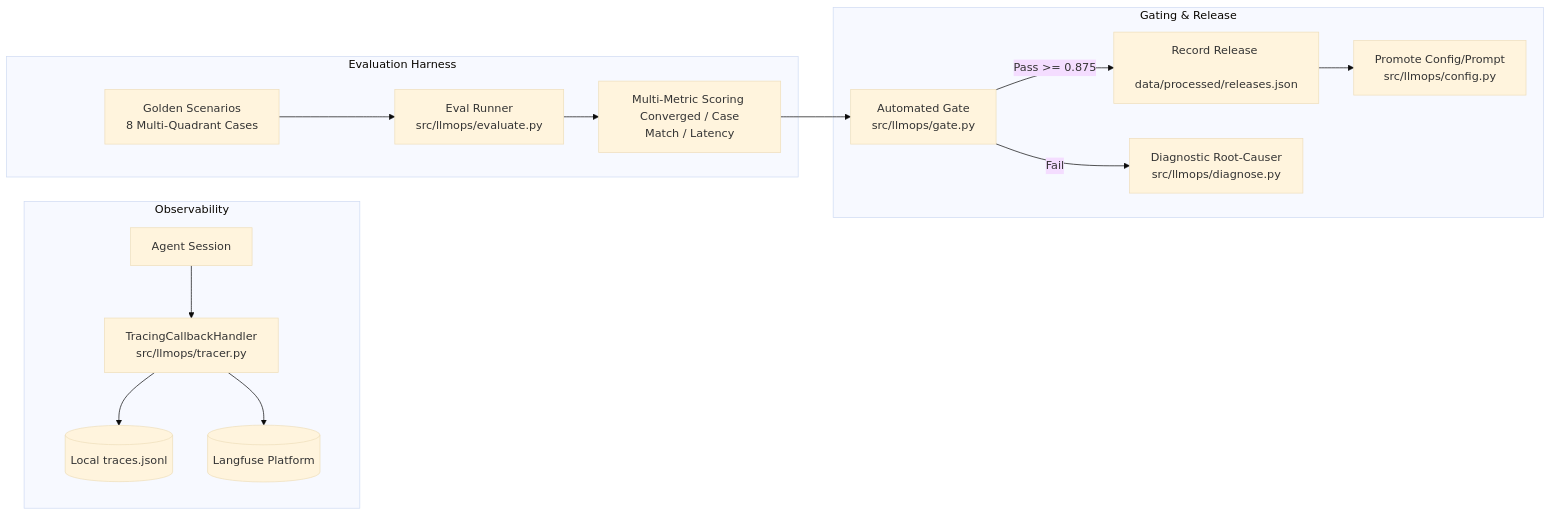
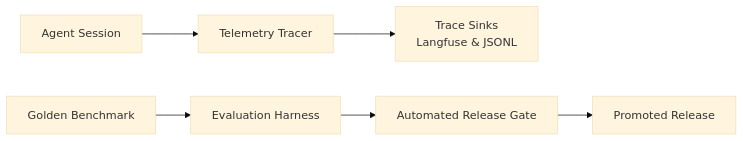
One commit to addy9051/True-texture-detector-AI-system changed the first of 2 diagrams in docs/05_llmops_observability_evals.md. Above: the diagram before and after it, drawn with Mermaid (base theme). The commit also changed other lines of this file and 7 other files, not shown here.

Commit message:
docs: add comprehensive system documentation for architecture, LLMOps, pipeline operations, and developer guides.

````diff
--- a/docs/05_llmops_observability_evals.md
+++ b/docs/05_llmops_observability_evals.md
@@ -7,20 +7,8 @@
 ```mermaid
 flowchart LR
-    subgraph Observability
-        A[Agent Session] --> B[TracingCallbackHandler <br/> src/llmops/tracer.py]
-        B --> C[(Local traces.jsonl)]
-        B --> D[(Langfuse Platform)]
-    end
-
-    subgraph Evaluation Harness
-        E[Golden Scenarios <br/> 8 Multi-Quadrant Cases] --> F[Eval Runner <br/> src/llmops/evaluate.py]
-        F --> G[Multi-Metric Scoring <br/> Converged / Case Match / Latency]
-    end
-
-    subgraph Gating & Release
-        G --> H[Automated Gate <br/> src/llmops/gate.py]
-        H -- Pass >= 0.875 --> I[Record Release <br/> data/processed/releases.json]
-        H -- Fail --> J[Diagnostic Root-Causer <br/> src/llmops/diagnose.py]
-        I --> K[Promote Config/Prompt <br/> src/llmops/config.py]
-    end
+    A[Agent Session] --> B[Telemetry Tracer]
+    B --> C[Trace Sinks <br/> Langfuse & JSONL]
+    D[Golden Benchmark] --> E[Evaluation Harness]
+    E --> F[Automated Release Gate]
+    F --> G[Promoted Release]
 ```
````
